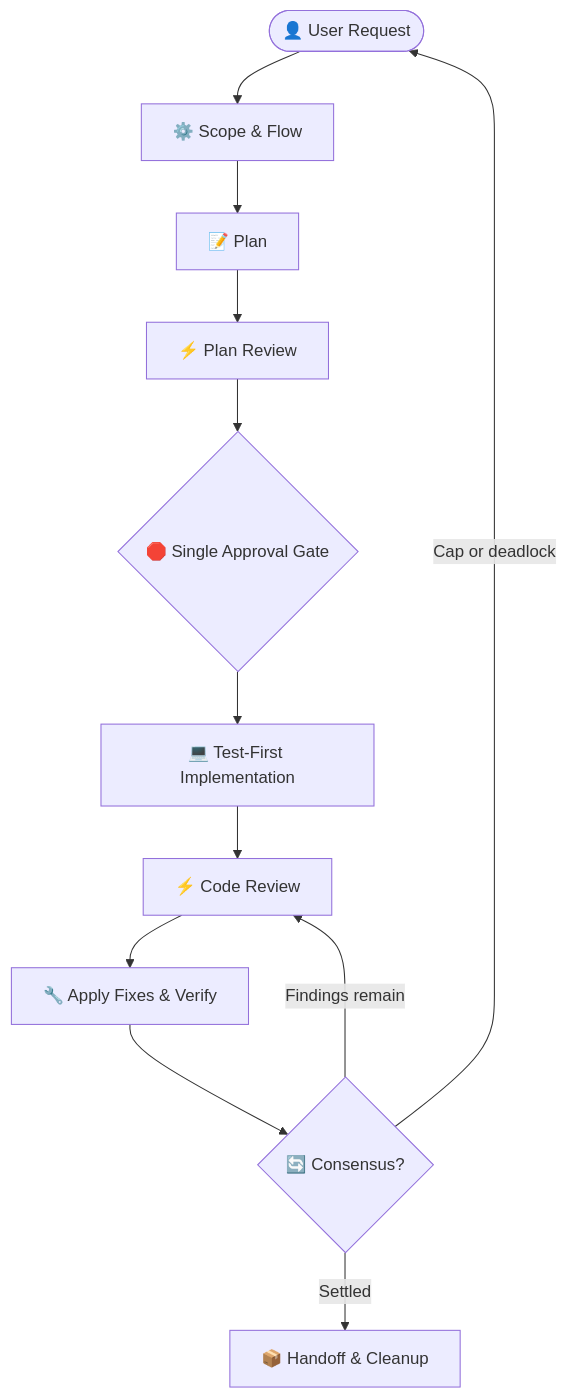
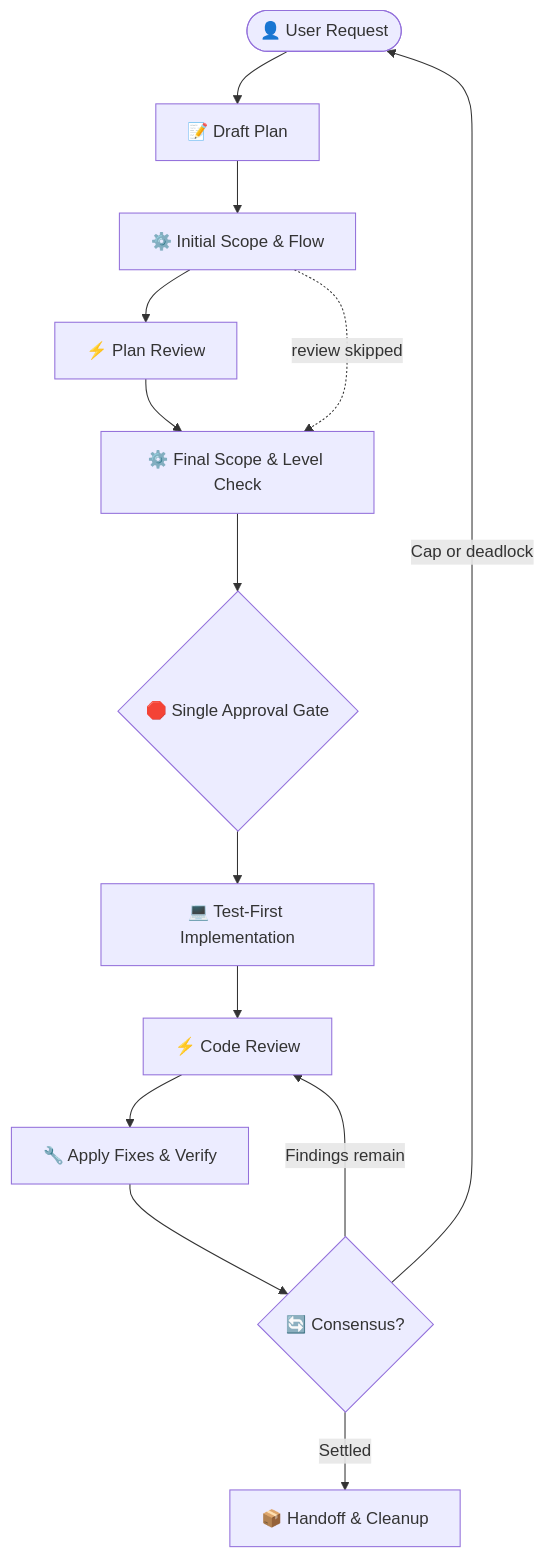
One commit to Gyunikuchan/dispatch-skills changed the diagram in README.md. Above: the diagram before and after it, drawn with Mermaid. The commit also changed 4 other files, not shown here.

Commit message:
feat(implement-dispatch): Moved level/scope assessment to after the draft plan was created and after the plan was finalized

````diff
--- a/README.md
+++ b/README.md
@@ -41,14 +41,16 @@
 ```mermaid
 flowchart TD
-    User(["👤 User Request"]) --> Scope["⚙️ Scope & Flow"]
-    Scope --> Plan["📝 Plan"]
-    Plan --> PlanReview["⚡ Plan Review"]
-    PlanReview --> Gate{"🛑 Single Approval Gate"}
+    User(["👤 User Request"]) --> Plan["📝 Draft Plan"]
+    Plan --> Scope["⚙️ Initial Scope & Flow"]
+    Scope --> PlanReview["⚡ Plan Review"]
+    PlanReview --> FinalScope["⚙️ Final Scope & Level Check"]
+    Scope -.->|review skipped| FinalScope
+    FinalScope --> Gate{"🛑 Single Approval Gate"}
     Gate --> Implementation["💻 Test-First Implementation"]
     Implementation --> CodeReview["⚡ Code Review"]
     CodeReview --> Fix["🔧 Apply Fixes & Verify"]
     Fix --> Consensus{"🔄 Consensus?"}
     Consensus -->|Findings remain| CodeReview
     Consensus -->|Settled| Handoff["📦 Handoff & Cleanup"]
     Consensus -->|Cap or deadlock| User
 ```
````
